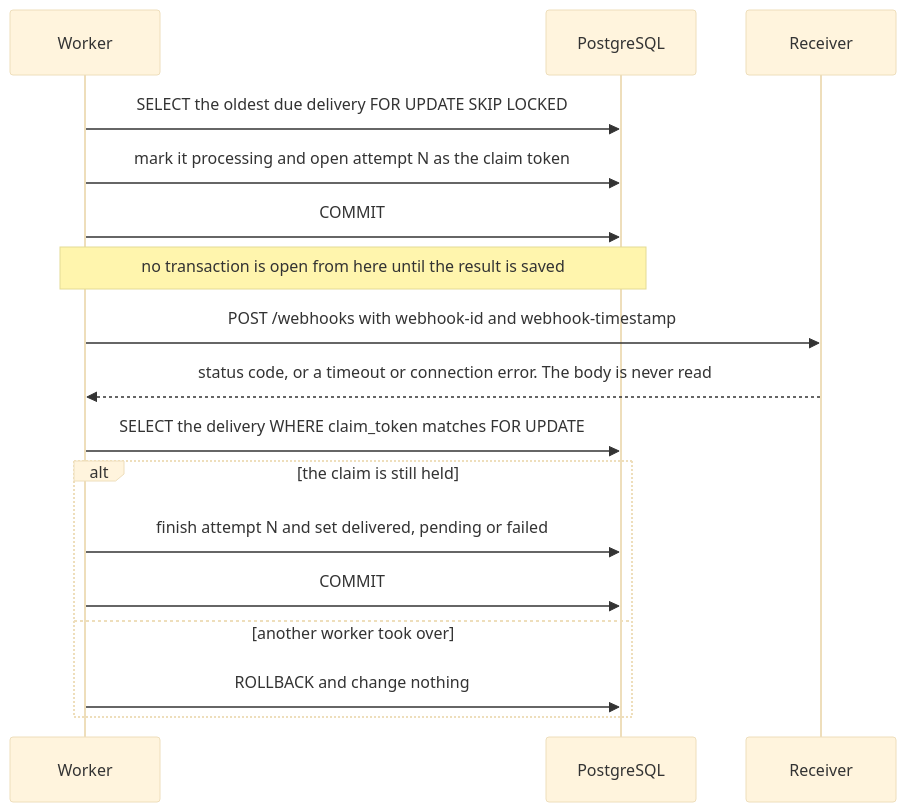
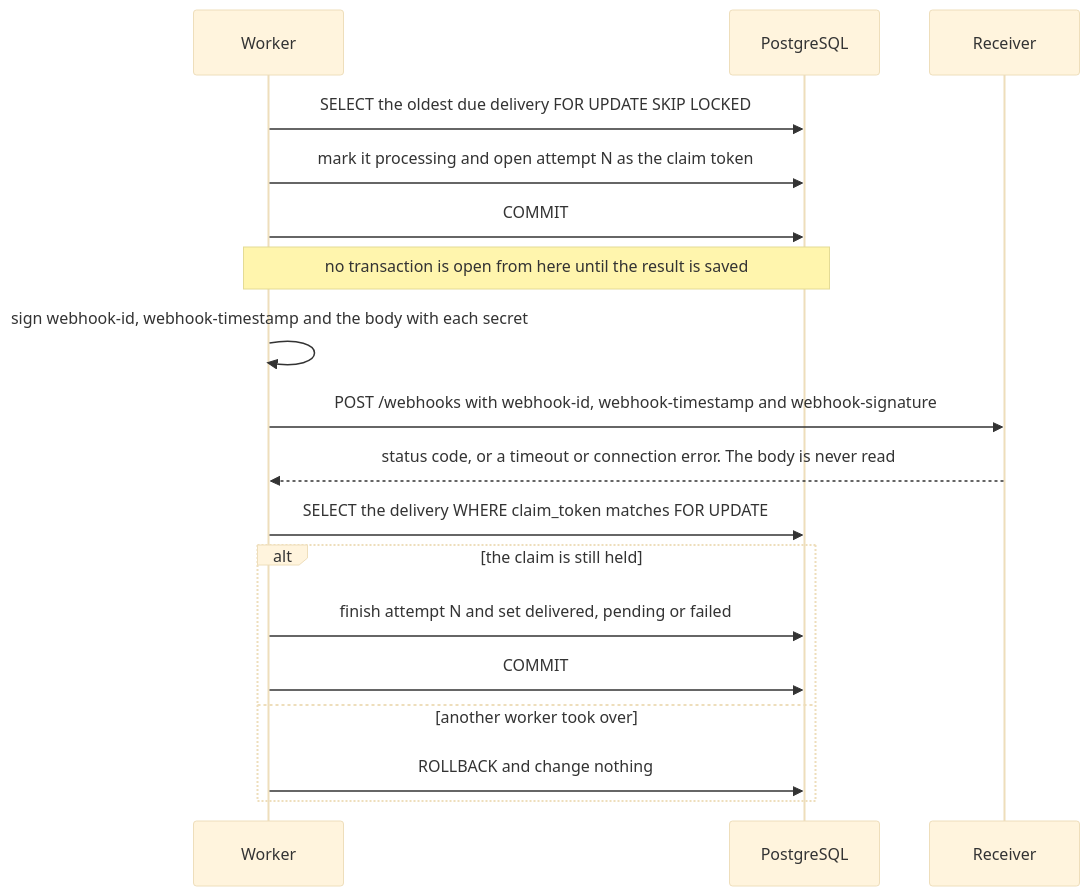
One commit to DucAnhLe1992/webhook-delivery-service changed the sixth of 8 diagrams in ARCHITECTURE.md. Above: the diagram before and after it, drawn with Mermaid (base theme). The commit also changed other lines of this file and 29 other files, not shown here.

````diff
--- a/ARCHITECTURE.md
+++ b/ARCHITECTURE.md
@@ -271,19 +344,20 @@
 ```mermaid
 sequenceDiagram
     participant W as Worker
     participant D as PostgreSQL
     participant R as Receiver
     W->>D: SELECT the oldest due delivery FOR UPDATE SKIP LOCKED
     W->>D: mark it processing and open attempt N as the claim token
     W->>D: COMMIT
     Note over W,D: no transaction is open from here until the result is saved
-    W->>R: POST /webhooks with webhook-id and webhook-timestamp
+    W->>W: sign webhook-id, webhook-timestamp and the body with each secret
+    W->>R: POST /webhooks with webhook-id, webhook-timestamp and webhook-signature
     R-->>W: status code, or a timeout or connection error. The body is never read
     W->>D: SELECT the delivery WHERE claim_token matches FOR UPDATE
     alt the claim is still held
         W->>D: finish attempt N and set delivered, pending or failed
         W->>D: COMMIT
     else another worker took over
         W->>D: ROLLBACK and change nothing
     end
 ```
````
